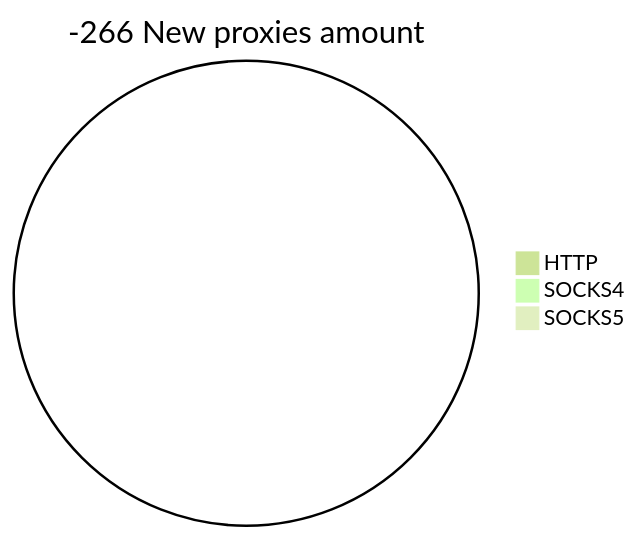
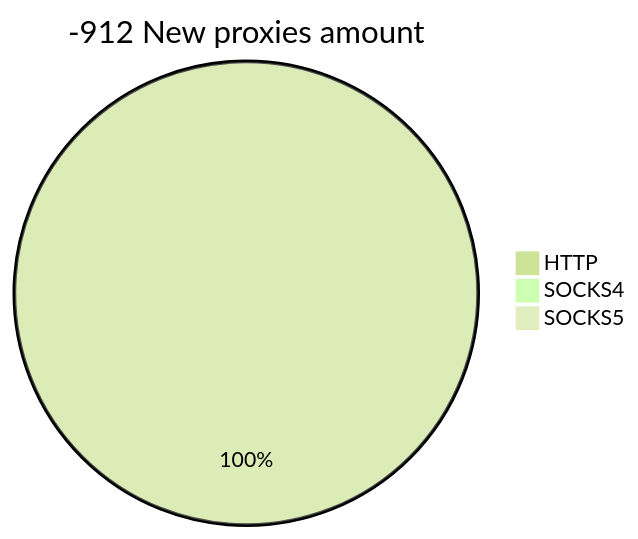
The second of 2 diagrams in README.md (cutipu/proxylist), drawn with Mermaid (forest theme) before and after one commit. The commit also changed other lines of this file, not shown here.

````diff
--- a/README.md
+++ b/README.md
@@ -10,6 +10,6 @@
 ```mermaid
-pie title -266 New proxies amount
-    "HTTP" : 0
+pie title -912 New proxies amount
+    "HTTP" : 2
     "SOCKS4" : 0
     "SOCKS5" : 0
 ```
````
